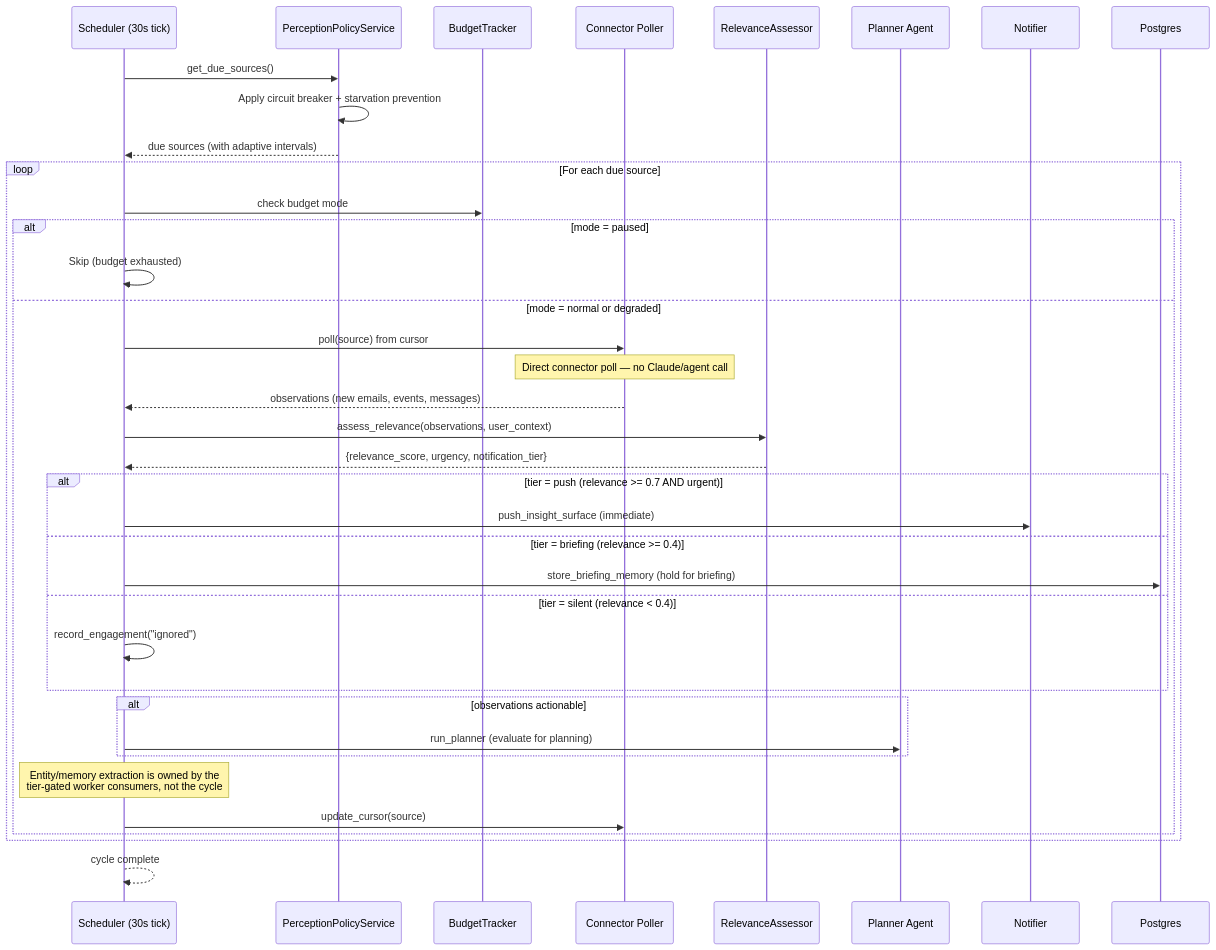
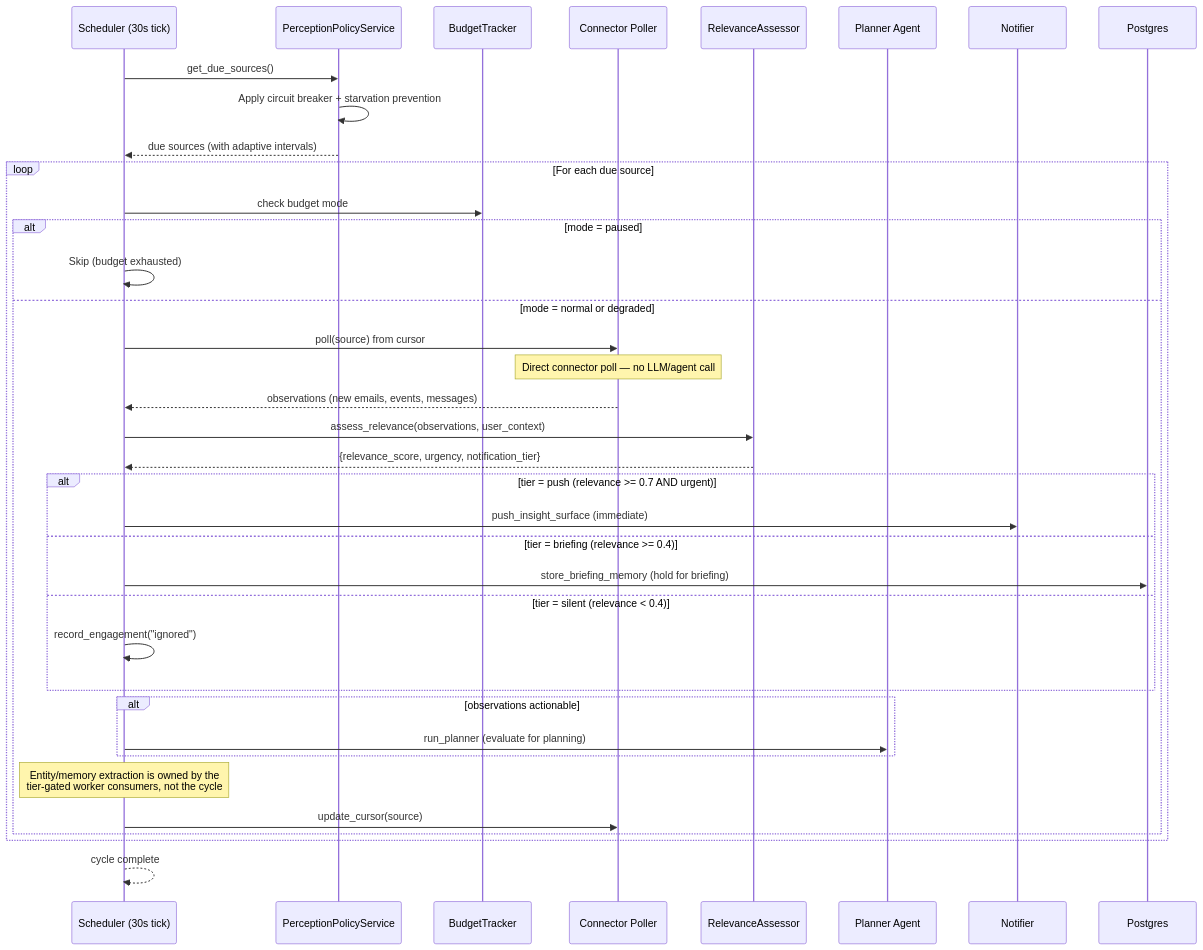
The first of 2 diagrams in docs/architecture/perception.md (shivadharmi/muldro), drawn with Mermaid before and after one commit. The commit also changed other lines of this file and 11 other files, not shown here.

````diff
--- a/docs/architecture/perception.md
+++ b/docs/architecture/perception.md
@@ -7,46 +7,46 @@
 ```mermaid
 sequenceDiagram
     participant SCH as Scheduler (30s tick)
     participant PPS as PerceptionPolicyService
     participant BT as BudgetTracker
     participant POL as Connector Poller
     participant RA as RelevanceAssessor
     participant PL as Planner Agent
     participant NT as Notifier
     participant DB as Postgres
 
     SCH->>PPS: get_due_sources()
     PPS->>PPS: Apply circuit breaker + starvation prevention
     PPS-->>SCH: due sources (with adaptive intervals)
 
     loop For each due source
         SCH->>BT: check budget mode
         alt mode = paused
             SCH->>SCH: Skip (budget exhausted)
         else mode = normal or degraded
             SCH->>POL: poll(source) from cursor
-            Note over POL: Direct connector poll — no Claude/agent call
+            Note over POL: Direct connector poll — no LLM/agent call
             POL-->>SCH: observations (new emails, events, messages)
 
             SCH->>RA: assess_relevance(observations, user_context)
             RA-->>SCH: {relevance_score, urgency, notification_tier}
 
             alt tier = push (relevance >= 0.7 AND urgent)
                 SCH->>NT: push_insight_surface (immediate)
             else tier = briefing (relevance >= 0.4)
                 SCH->>DB: store_briefing_memory (hold for briefing)
             else tier = silent (relevance < 0.4)
                 SCH->>SCH: record_engagement("ignored")
             end
 
             alt observations actionable
                 SCH->>PL: run_planner (evaluate for planning)
             end
 
             Note over SCH: Entity/memory extraction is owned by the<br/>tier-gated worker consumers, not the cycle
             SCH->>POL: update_cursor(source)
         end
     end
 
     SCH-->>SCH: cycle complete
 ```
````
